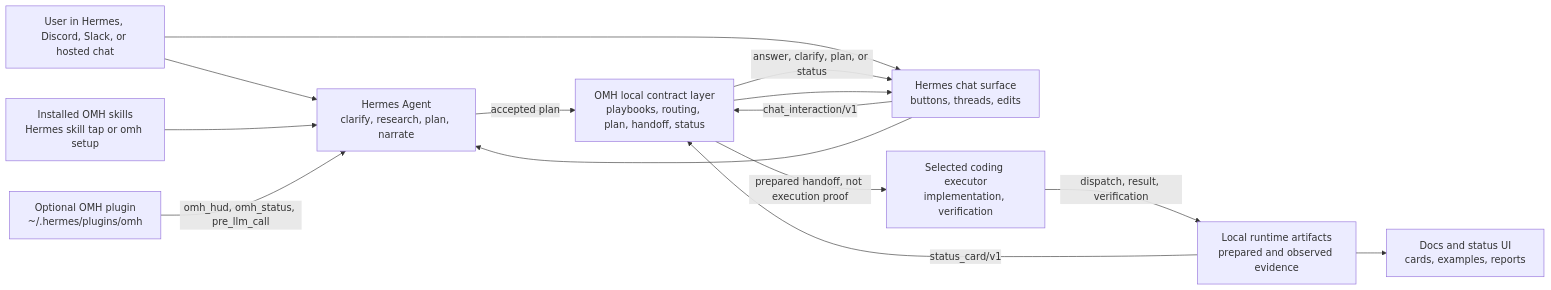
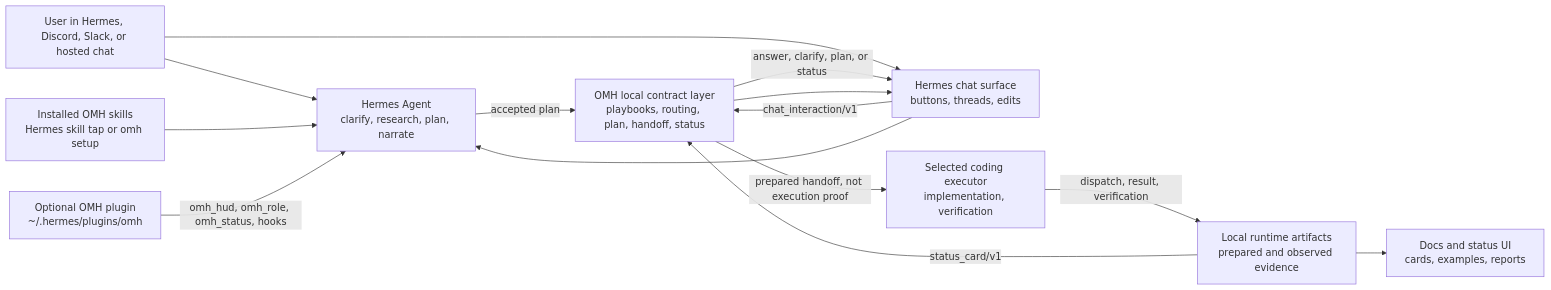
The diagram in docs/ARCHITECTURE.md (rlaope/oh-my-hermes), drawn with Mermaid before and after one commit. The commit also changed other lines of this file and 20 other files, not shown here.

````diff
--- a/docs/ARCHITECTURE.md
+++ b/docs/ARCHITECTURE.md
@@ -30,26 +30,26 @@
 ```mermaid
 flowchart LR
   user["User in Hermes, Discord, Slack, or hosted chat"]
   skills["Installed OMH skills\nHermes skill tap or omh setup"]
   plugin["Optional OMH plugin\n~/.hermes/plugins/omh"]
   wrapper["Hermes chat surface\nbuttons, threads, edits"]
   omh["OMH local contract layer\nplaybooks, routing, plan, handoff, status"]
   hermes["Hermes Agent\nclarify, research, plan, narrate"]
   executor["Selected coding executor\nimplementation, verification"]
   runtime["Local runtime artifacts\nprepared and observed evidence"]
   site["Docs and status UI\ncards, examples, reports"]
 
   user --> hermes
   skills --> hermes
-  plugin -->|"omh_hud, omh_status, pre_llm_call"| hermes
+  plugin -->|"omh_hud, omh_role, omh_status, hooks"| hermes
   user --> wrapper
   wrapper -->|"chat_interaction/v1"| omh
   omh -->|"answer, clarify, plan, or status"| wrapper
   wrapper --> hermes
   hermes -->|"accepted plan"| omh
   omh -->|"prepared handoff, not execution proof"| executor
   executor -->|"dispatch, result, verification"| runtime
   runtime -->|"status_card/v1"| omh
   omh --> wrapper
   runtime --> site
 ```
````
